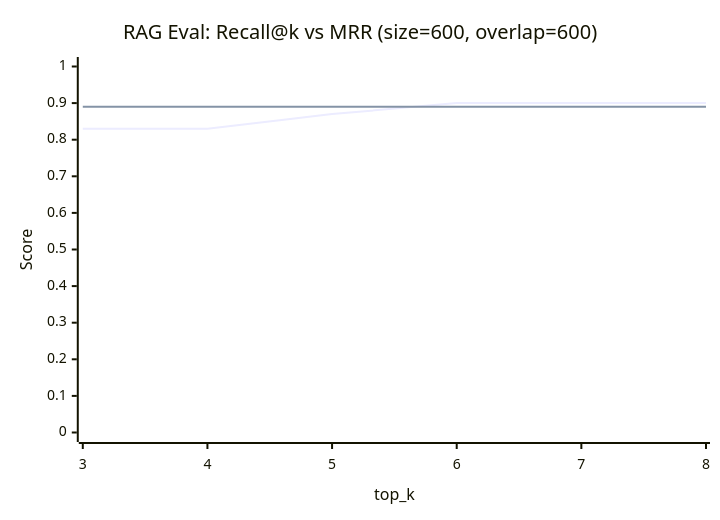
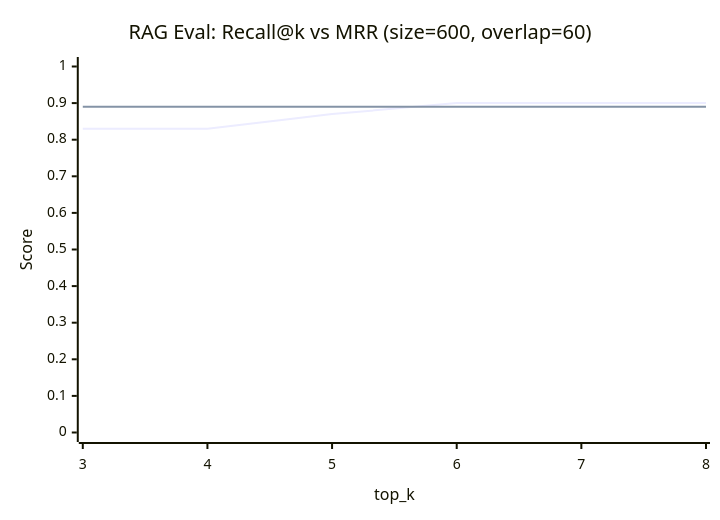
One commit to achiwa912/ragev changed the third of 3 diagrams in README.org. Above: the diagram before and after it, drawn with Mermaid. The commit also changed other lines of this file and 1 other file, not shown here.

```diff
--- a/README.org
+++ b/README.org
@@ -202,8 +284,8 @@
 #+begin_src mermaid :file images/topk.png
 xychart-beta
-  title "RAG Eval: Recall@k vs MRR (size=600, overlap=600)"
+  title "RAG Eval: Recall@k vs MRR (size=600, overlap=60)"
   x-axis "top_k" [3, 4, 5, 6, 7, 8]
   y-axis "Score" 0 --> 1
   line [0.83, 0.83, 0.87, 0.90, 0.90, 0.90]
   line [0.89, 0.89, 0.89, 0.89, 0.89, 0.89]
 #+end_src
```
